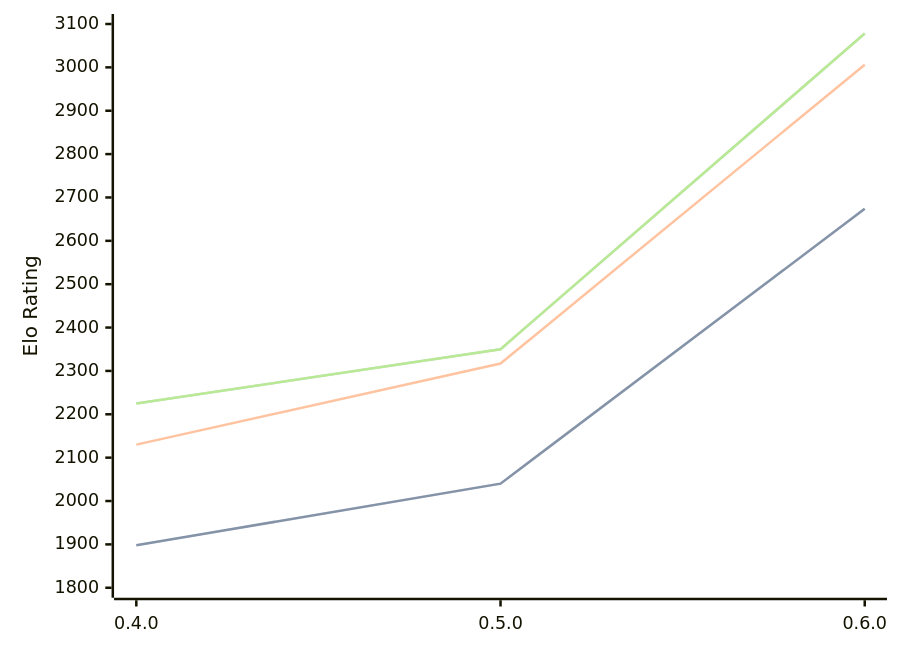
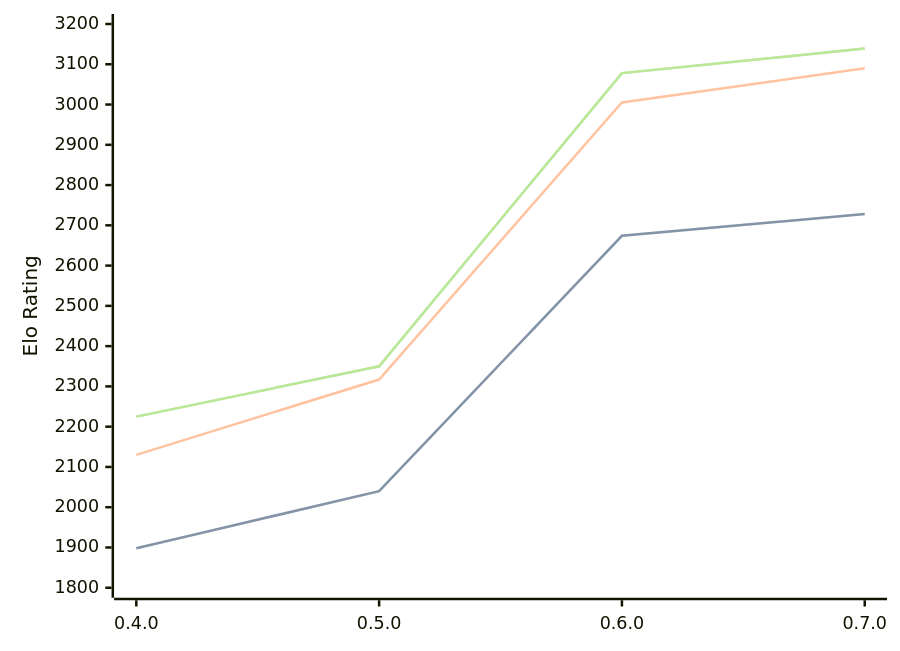
The diagram in engines/AteNika.md (computer-chess-index/cci), drawn with Mermaid before and after one commit. The commit also changed other lines of this file, not shown here.

Commit message:
Update CCI Ratings (ELO VLTC) - 2026-09-23

````diff
--- a/engines/AteNika.md
+++ b/engines/AteNika.md
@@ -34,11 +34,11 @@
 ```mermaid
 %%{init: {"theme":"base","themeVariables":{"seriesColors:['#a3a3a3','#222221','#faa371']}}}%%
 xychart-beta
-  x-axis ["0.4.0", "0.5.0", "0.6.0"]
-  y-axis "Elo Rating" 1800 --> 3100
-  line "" [1898, 2040, 2674]
-  line "STC (8.0+0.08s)" [1898, 2040, 2674]
-  line "LTC (60.0+0.60s)" [2130, 2317, 3006]
-  line "" [2225, 2350, 3078]
-  line "VLTC (2m24s+1.12s)" [2225, 2350, 3078]
+  x-axis ["0.4.0", "0.5.0", "0.6.0", "0.7.0"]
+  y-axis "Elo Rating" 1800 --> 3200
+  line "" [1898, 2040, 2674, 2728]
+  line "STC (8.0+0.08s)" [1898, 2040, 2674, 2728]
+  line "LTC (60.0+0.60s)" [2130, 2317, 3005, 3090]
+  line "" [2225, 2350, 3078, 3139]
+  line "VLTC (2m24s+1.12s)" [2225, 2350, 3078, 3139]
 ```
````
